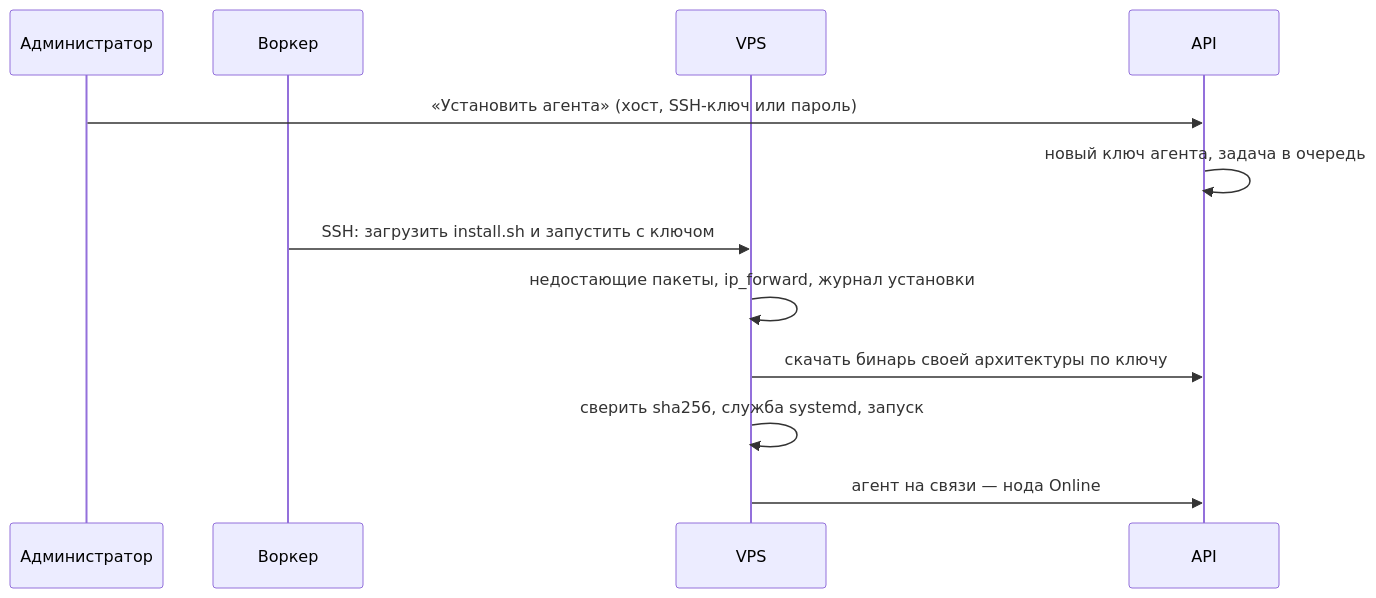
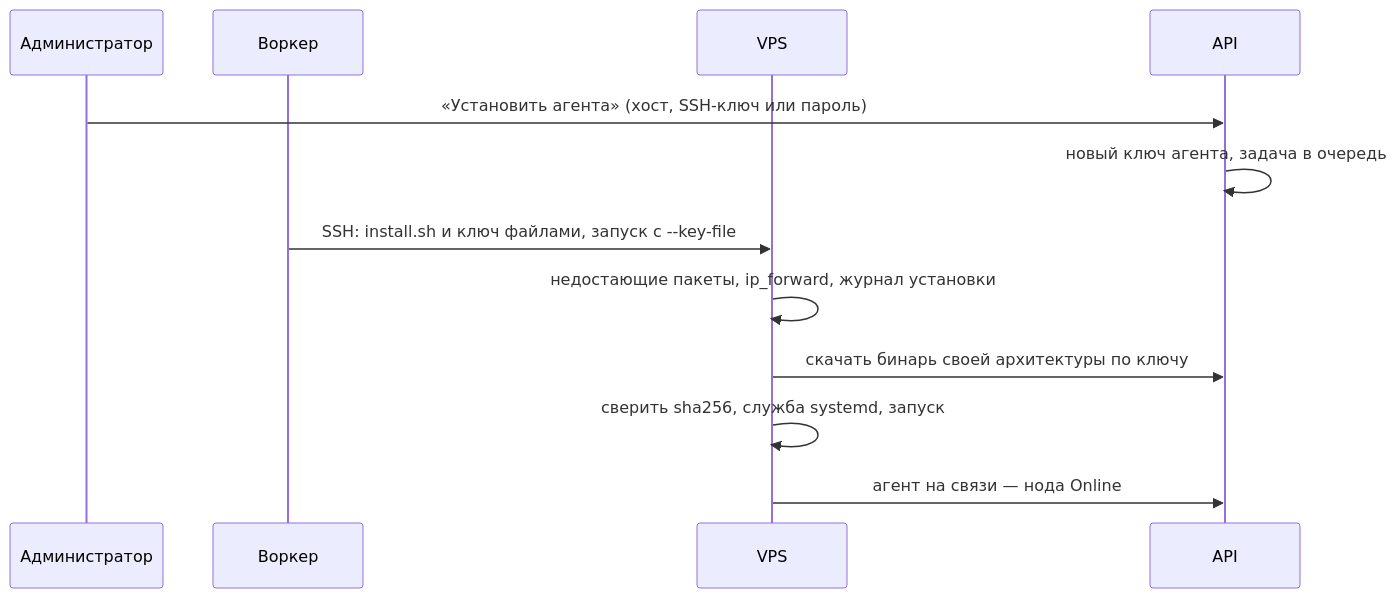
One commit to epifanovmd/wg-admin-api changed the sixth of 10 diagrams in docs/WIREGUARD.md. Above: the diagram before and after it, drawn with Mermaid. The commit also changed other lines of this file and 11 other files, not shown here.

````diff
--- a/docs/WIREGUARD.md
+++ b/docs/WIREGUARD.md
@@ -240,15 +243,15 @@
 ```mermaid
 sequenceDiagram
   participant Admin as Администратор
   participant Worker as Воркер
   participant VPS
   participant API
 
   Admin->>API: «Установить агента» (хост, SSH-ключ или пароль)
   API->>API: новый ключ агента, задача в очередь
-  Worker->>VPS: SSH: загрузить install.sh и запустить с ключом
+  Worker->>VPS: SSH: install.sh и ключ файлами, запуск с --key-file
   VPS->>VPS: недостающие пакеты, ip_forward, журнал установки
   VPS->>API: скачать бинарь своей архитектуры по ключу
   VPS->>VPS: сверить sha256, служба systemd, запуск
   VPS->>API: агент на связи — нода Online
 ```
````
